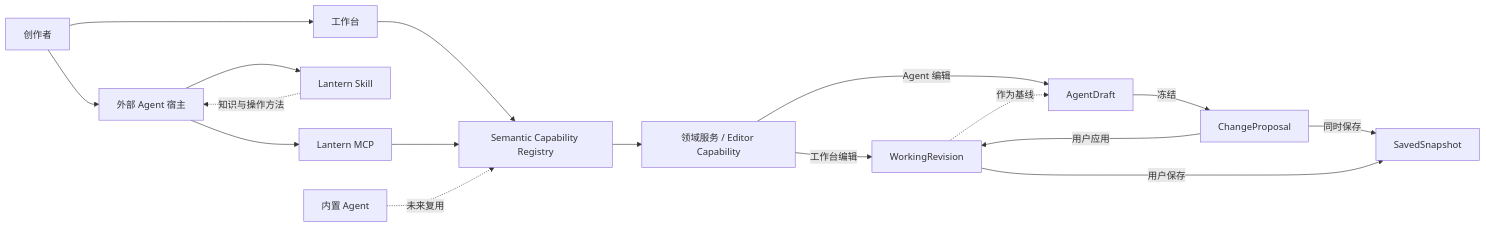
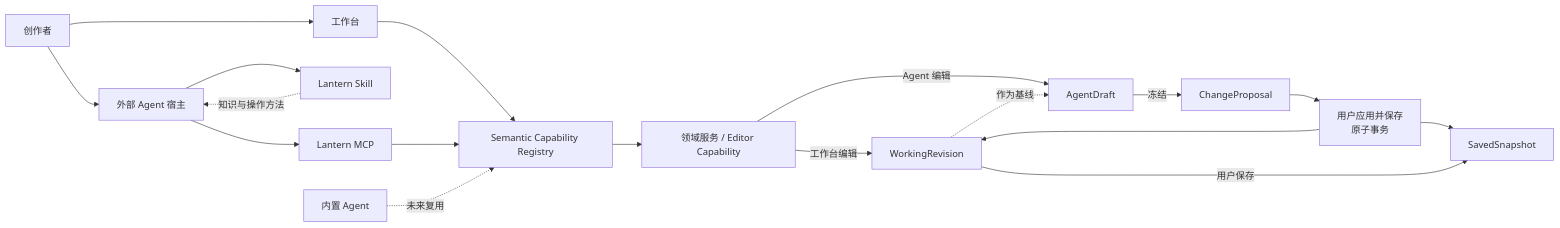
The diagram in docs/agent.md (lanseqingling/lantern), drawn with Mermaid before and after one commit. The commit also changed other lines of this file and 5 other files, not shown here.

````diff
--- a/docs/agent.md
+++ b/docs/agent.md
@@ -42,32 +42,34 @@
 ```mermaid
 flowchart LR
   USER["创作者"]
   UI["工作台"]
   HOST["外部 Agent 宿主"]
   SKILL["Lantern Skill"]
   MCP["Lantern MCP"]
   INTERNAL["内置 Agent"]
   CAP["Semantic Capability Registry"]
   DOMAIN["领域服务 / Editor Capability"]
   REV["WorkingRevision"]
   DRAFT["AgentDraft"]
   PROPOSAL["ChangeProposal"]
+  APPLY["用户应用并保存<br/>原子事务"]
   SNAPSHOT["SavedSnapshot"]
 
   USER --> UI
   USER --> HOST
   UI --> CAP
   HOST --> SKILL
   HOST --> MCP
   SKILL -.知识与操作方法.-> HOST
   MCP --> CAP
   INTERNAL -.未来复用.-> CAP
   CAP --> DOMAIN
   DOMAIN -->|工作台编辑| REV
   DOMAIN -->|Agent 编辑| DRAFT
   REV -.作为基线.-> DRAFT
   DRAFT -->|冻结| PROPOSAL
-  PROPOSAL -->|用户应用| REV
-  PROPOSAL -->|同时保存| SNAPSHOT
+  PROPOSAL --> APPLY
+  APPLY --> REV
+  APPLY --> SNAPSHOT
   REV -->|用户保存| SNAPSHOT
 ```
````
